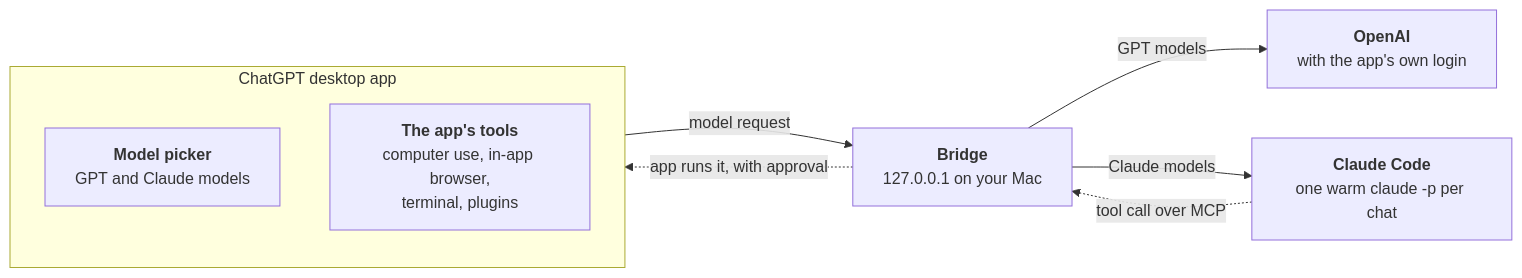
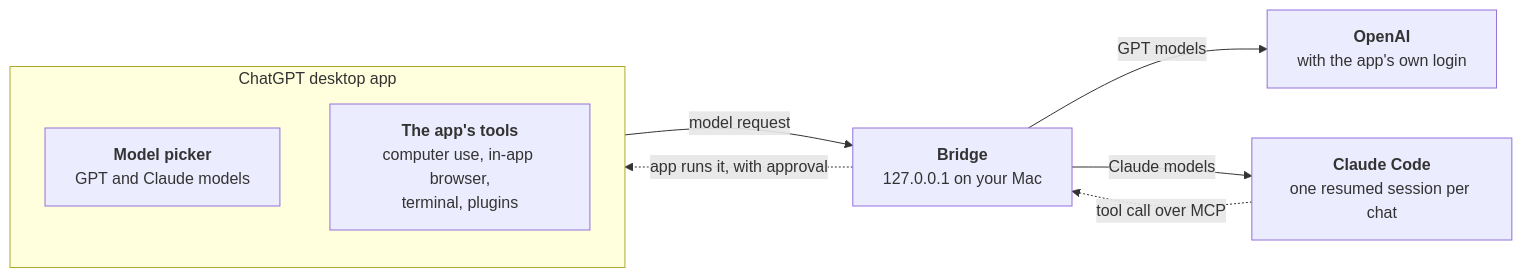
The diagram in README.md (wuchris-ch/claude-for-chatgpt-desktop), drawn with Mermaid before and after one commit. The commit also changed other lines of this file and 18 other files, not shown here.

Commit message:
Claude for ChatGPT Desktop 0.3.7

````diff
--- a/README.md
+++ b/README.md
@@ -118,16 +120,16 @@
 ```mermaid
 flowchart LR
     subgraph app["ChatGPT desktop app"]
         direction TB
         Picker["<b>Model picker</b><br/>GPT and Claude models"]
         Tools["<b>The app's tools</b><br/>computer use, in-app browser,<br/>terminal, plugins"]
     end
     Bridge["<b>Bridge</b><br/>127.0.0.1 on your Mac"]
     OpenAI["<b>OpenAI</b><br/>with the app's own login"]
-    Claude["<b>Claude Code</b><br/>one warm claude -p per chat"]
+    Claude["<b>Claude Code</b><br/>one resumed session per chat"]
     Picker -->|"model request"| Bridge
     Bridge -->|"GPT models"| OpenAI
     Bridge -->|"Claude models"| Claude
     Claude -.->|"tool call over MCP"| Bridge
     Bridge -.->|"app runs it, with approval"| Tools
 ```
````
